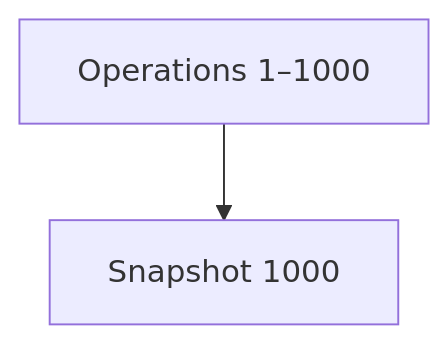
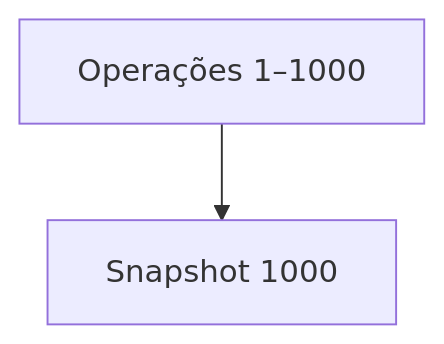
One commit to hugobessa/vamo-virar changed diagram 14 of 21 in docs/architecture.md. Above: the diagram before and after it, drawn with Mermaid. The commit also changed other lines of this file and 30 other files, not shown here.

````diff
--- a/docs/architecture.md
+++ b/docs/architecture.md
@@ -499,4 +499,4 @@
 ```mermaid
 flowchart TD
-    O[Operations 1–1000] --> S[Snapshot 1000]
+    O[Operações 1–1000] --> S[Snapshot 1000]
 ```
````
